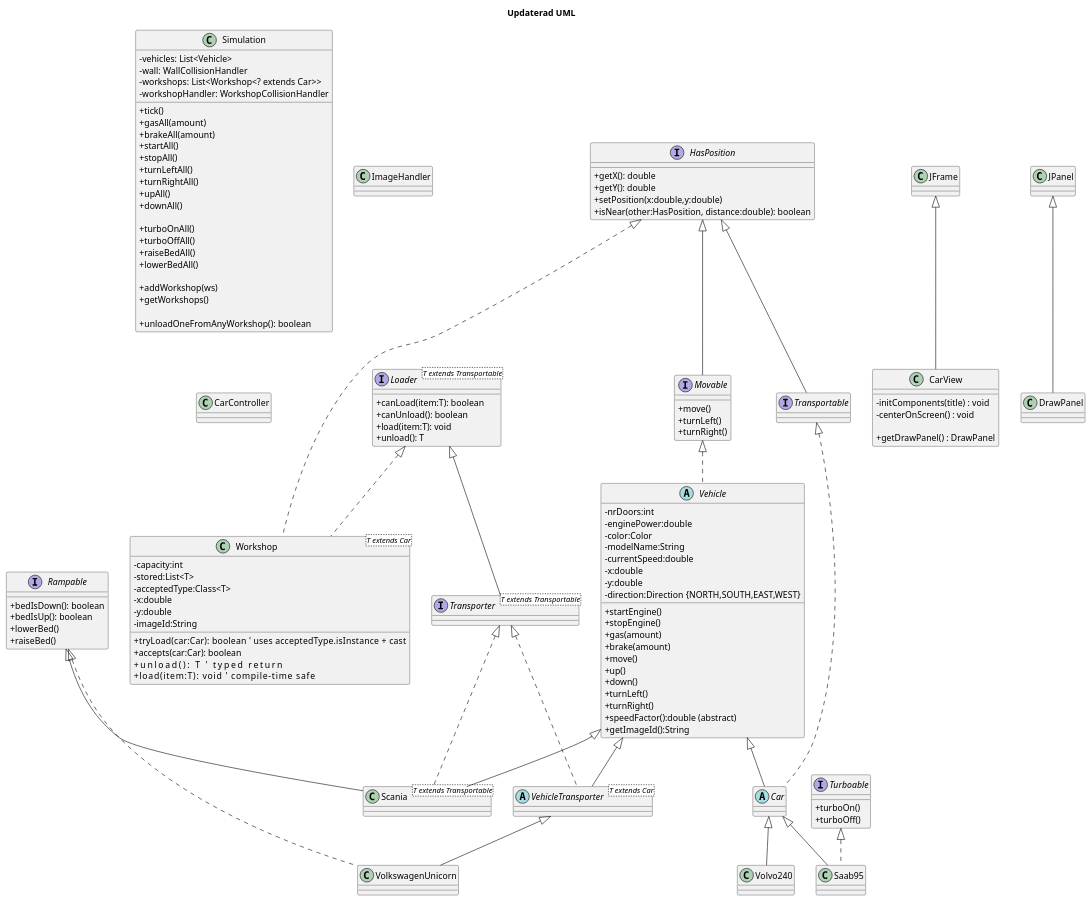
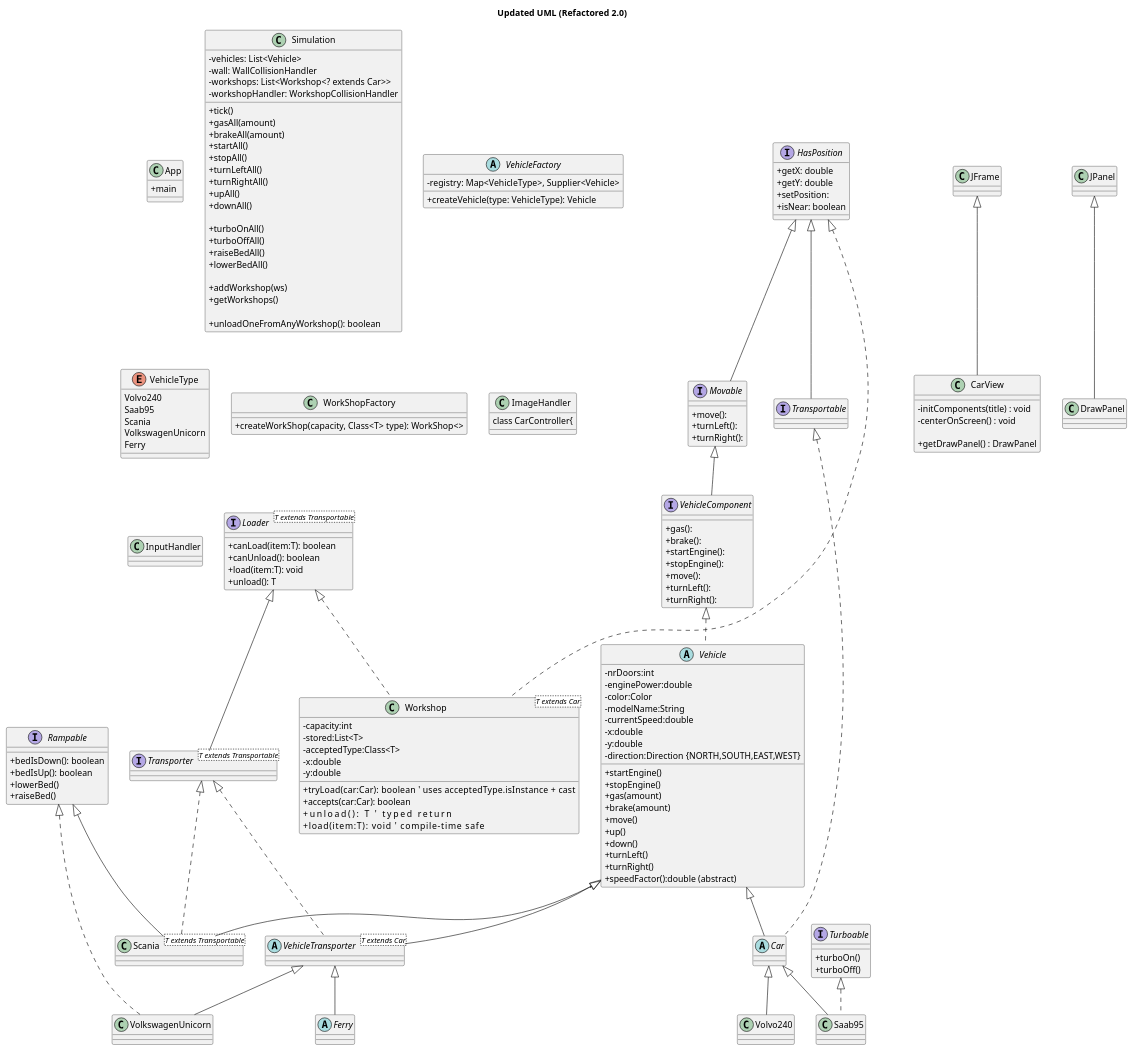
One commit to wat3rbottl/lab1 changed the diagram in src/Updated.puml. Above: the diagram before and after it, drawn with PlantUML.

Commit message:
Uppdaterade uml
Lägga till en observer också?? annars ganska klart ska bara dra pilarna rätt

```diff
--- a/src/Updated.puml
+++ b/src/Updated.puml
@@ -1,151 +1,188 @@
 @startuml
 skinparam classAttributeIconSize 0
-title Updaterad UML
+title Updated UML (Refactored 2.0)
 
 ' =========================
 ' INTERFACES
 ' =========================
 interface HasPosition {
-  +getX(): double
-  +getY(): double
-  +setPosition(x:double,y:double)
-  +isNear(other:HasPosition, distance:double): boolean
+    +getX: double
+    +getY: double
+    +setPosition:
+    +isNear: boolean
 }
 
 interface Movable extends HasPosition {
-  +move()
-  +turnLeft()
-  +turnRight()
+    +move():
+    +turnLeft():
+    +turnRight():
 }
 
-interface Transportable extends HasPosition
+interface VehicleComponent extends Movable{
+    +gas():
+    +brake():
+    +startEngine():
+    +stopEngine():
+    +move():
+    +turnLeft():
+    +turnRight():
+    }
+
+interface Transportable extends HasPosition{}
 
 interface Loader<T extends Transportable> {
   +canLoad(item:T): boolean
   +canUnload(): boolean
   +load(item:T): void
   +unload(): T
 }
 
 interface Transporter<T extends Transportable> extends Loader<T>{
 }
 
 interface Turboable {
   +turboOn()
   +turboOff()
 }
 
 interface Rampable {
   +bedIsDown(): boolean
   +bedIsUp(): boolean
   +lowerBed()
   +raiseBed()
 }
 
 ' =========================
 ' MODEL CLASSES
 ' =========================
-abstract class Vehicle implements Movable {
+class App{
+    +main
+}
+
+abstract class Vehicle implements VehicleComponent {
   -nrDoors:int
   -enginePower:double
   -color:Color
   -modelName:String
   -currentSpeed:double
   -x:double
   -y:double
   -direction:Direction {NORTH,SOUTH,EAST,WEST}
   +startEngine()
   +stopEngine()
   +gas(amount)
   +brake(amount)
   +move()
   +up()
   +down()
   +turnLeft()
   +turnRight()
   +speedFactor():double (abstract)
-  +getImageId():String
+}
+
+abstract class Ferry extends VehicleTransporter<Car>{
 }
 
 abstract class Car extends Vehicle implements Transportable{
 }
 
 abstract class VehicleTransporter<T extends Car> extends Vehicle implements Transporter<T>{
 }
 
 class Volvo240 extends Car{
 }
 class Saab95 extends Car implements Turboable{
 }
 class Scania<T extends Transportable> extends Vehicle implements Transporter<T>{
 }
 class VolkswagenUnicorn extends VehicleTransporter<Car> implements Rampable{
 }
 
 class Workshop<T extends Car> implements HasPosition, Loader<T> {
   -capacity:int
   -stored:List<T>
   -acceptedType:Class<T>
   -x:double
   -y:double
-  -imageId:String
   +tryLoad(car:Car): boolean      ' uses acceptedType.isInstance + cast
   +accepts(car:Car): boolean
   +unload(): T                    ' typed return
   +load(item:T): void             ' compile-time safe
 }
 
 class Simulation {
   -vehicles: List<Vehicle>
   -wall: WallCollisionHandler
   -workshops: List<Workshop<? extends Car>>
   -workshopHandler: WorkshopCollisionHandler
 
   +tick()
   +gasAll(amount)
   +brakeAll(amount)
   +startAll()
   +stopAll()
   +turnLeftAll()
   +turnRightAll()
   +upAll()
   +downAll()
 
   +turboOnAll()
   +turboOffAll()
   +raiseBedAll()
   +lowerBedAll()
 
   +addWorkshop(ws)
   +getWorkshops()
 
   +unloadOneFromAnyWorkshop(): boolean
 }
+abstract class VehicleFactory{
+    -registry: Map<VehicleType>, Supplier<Vehicle>
+    + createVehicle(type: VehicleType): Vehicle
+}
+
+enum VehicleType{
+    Volvo240
+    Saab95
+    Scania
+    VolkswagenUnicorn
+    Ferry
+    }
+
+
+class WorkShopFactory{
+    +createWorkShop(capacity, Class<T> type): WorkShop<>
+    }
+
 
 ' =========================
 ' VIEW
 ' =========================
 class CarView extends JFrame{
   - initComponents(title) : void
   - centerOnScreen() : void
 
   + getDrawPanel() : DrawPanel
 
 }
 
 class DrawPanel extends JPanel{
 
 }
 
-class ImageHandler{}
+
+class ImageHandler{
+
 
 ' =========================
 ' CONTROLLER
 ' =========================
 class CarController{
 
 }
 
+class InputHandler{}
+
 Rampable <|-- Scania
 
 @enduml
```
